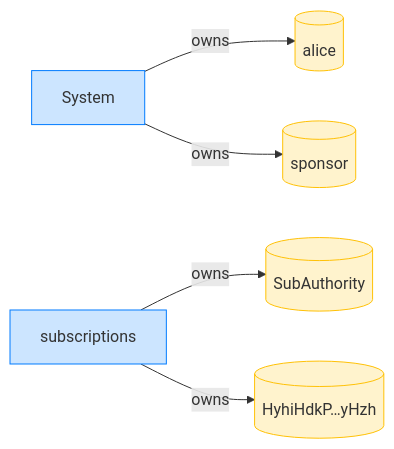
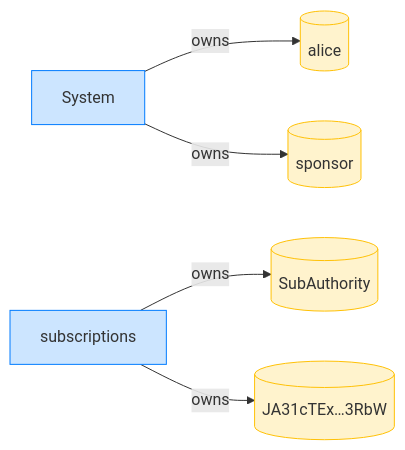
The eighth of 8 diagrams in dsl_tests/revoke-with-a-wrong-receiver-is-unauthorized.md (cds-rs/subscriptions), drawn with Mermaid before and after one commit. The commit also changed other lines of this file and 224 other files, not shown here.

````diff
--- a/dsl_tests/revoke-with-a-wrong-receiver-is-unauthorized.md
+++ b/dsl_tests/revoke-with-a-wrong-receiver-is-unauthorized.md
@@ -150,15 +158,15 @@
 ```mermaid
 flowchart LR
     classDef owner fill:#cce5ff,stroke:#007bff;
     classDef account fill:#fff3cd,stroke:#ffc107;
     System[System]:::owner
     alice[(alice)]:::account
     subscriptions[subscriptions]:::owner
     SubAuthority[(SubAuthority)]:::account
-    HyhiHdkP_yHzh[("HyhiHdkP…yHzh")]:::account
+    JA31cTEx_3RbW[("JA31cTEx…3RbW")]:::account
     sponsor[(sponsor)]:::account
     System -->|owns| alice
     subscriptions -->|owns| SubAuthority
-    subscriptions -->|owns| HyhiHdkP_yHzh
+    subscriptions -->|owns| JA31cTEx_3RbW
     System -->|owns| sponsor
 ```
````
